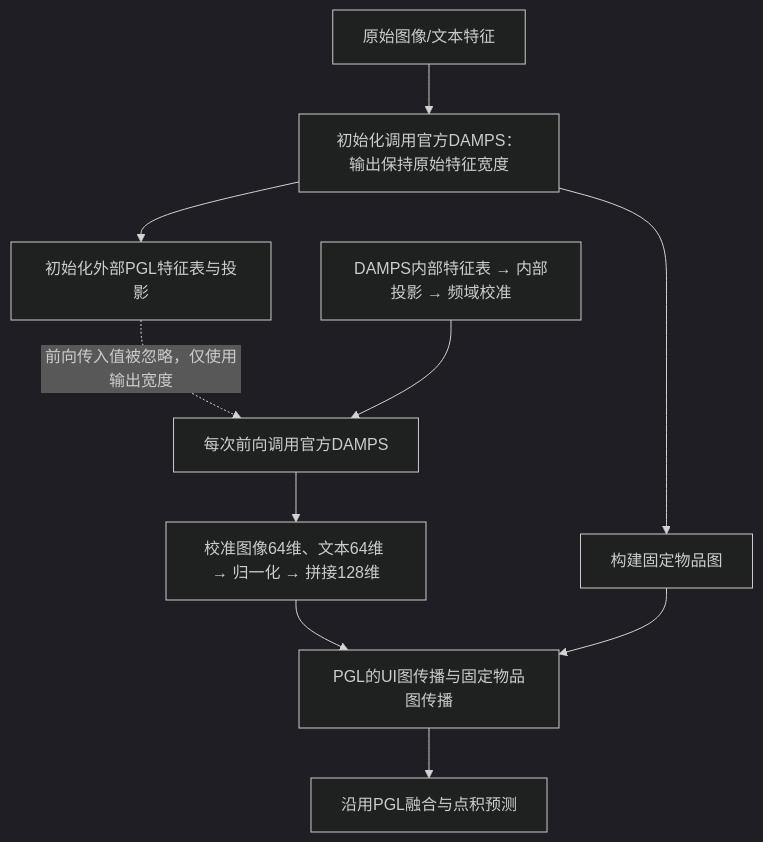
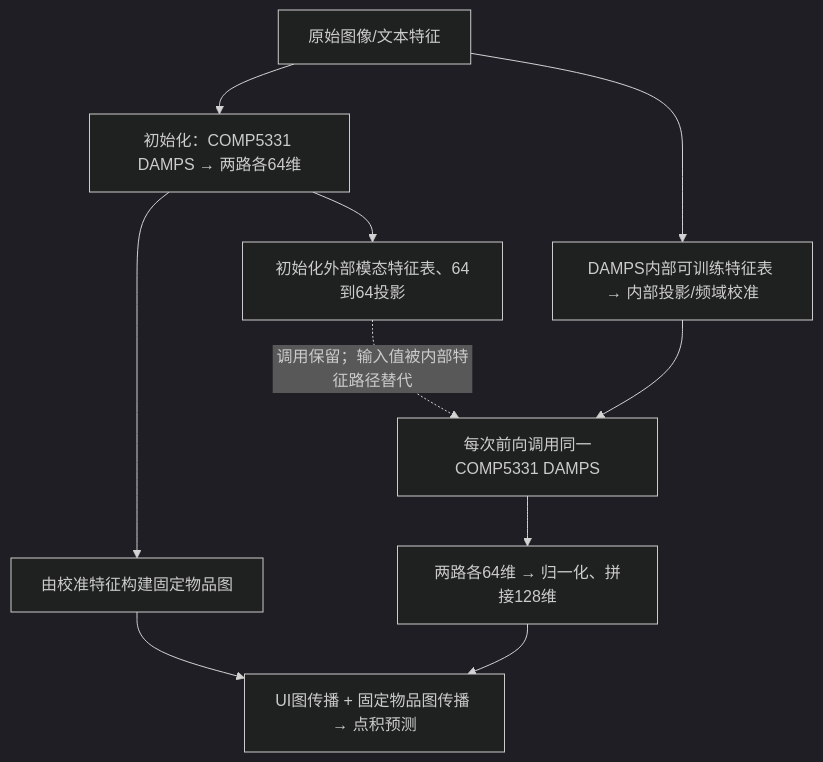
The third of 4 diagrams in docs/results/pgl/README.md (liyongqi2002/COMP5331), drawn with Mermaid (dark theme) before and after one commit. The commit also changed other lines of this file and 13 other files, not shown here.

Commit message:
Use shared COMP5331 DAMPS for official-style adapters and refresh results

````diff
--- a/docs/results/pgl/README.md
+++ b/docs/results/pgl/README.md
@@ -50,12 +54,12 @@
 ```mermaid
 flowchart TD
-    A["原始图像/文本特征"] --> B["初始化调用官方DAMPS：输出保持原始特征宽度"]
-    B --> C["构建固定物品图"]
-    B --> D["初始化外部PGL特征表与投影"]
-    D -. "前向传入值被忽略，仅使用输出宽度" .-> E["每次前向调用官方DAMPS"]
-    F["DAMPS内部特征表 → 内部投影 → 频域校准"] --> E
-    E --> G["校准图像64维、文本64维 → 归一化 → 拼接128维"]
-    G --> H["PGL的UI图传播与固定物品图传播"]
+    A["原始图像/文本特征"] --> B["初始化：COMP5331 DAMPS → 两路各64维"]
+    B --> C["由校准特征构建固定物品图"]
+    B --> D["初始化外部模态特征表、64到64投影"]
+    D -. "调用保留；输入值被内部特征路径替代" .-> E["每次前向调用同一COMP5331 DAMPS"]
+    A --> F["DAMPS内部可训练特征表 → 内部投影/频域校准"]
+    F --> E
+    E --> G["两路各64维 → 归一化、拼接128维"]
+    G --> H["UI图传播 + 固定物品图传播 → 点积预测"]
     C --> H
-    H --> J["沿用PGL融合与点积预测"]
 ```
````
